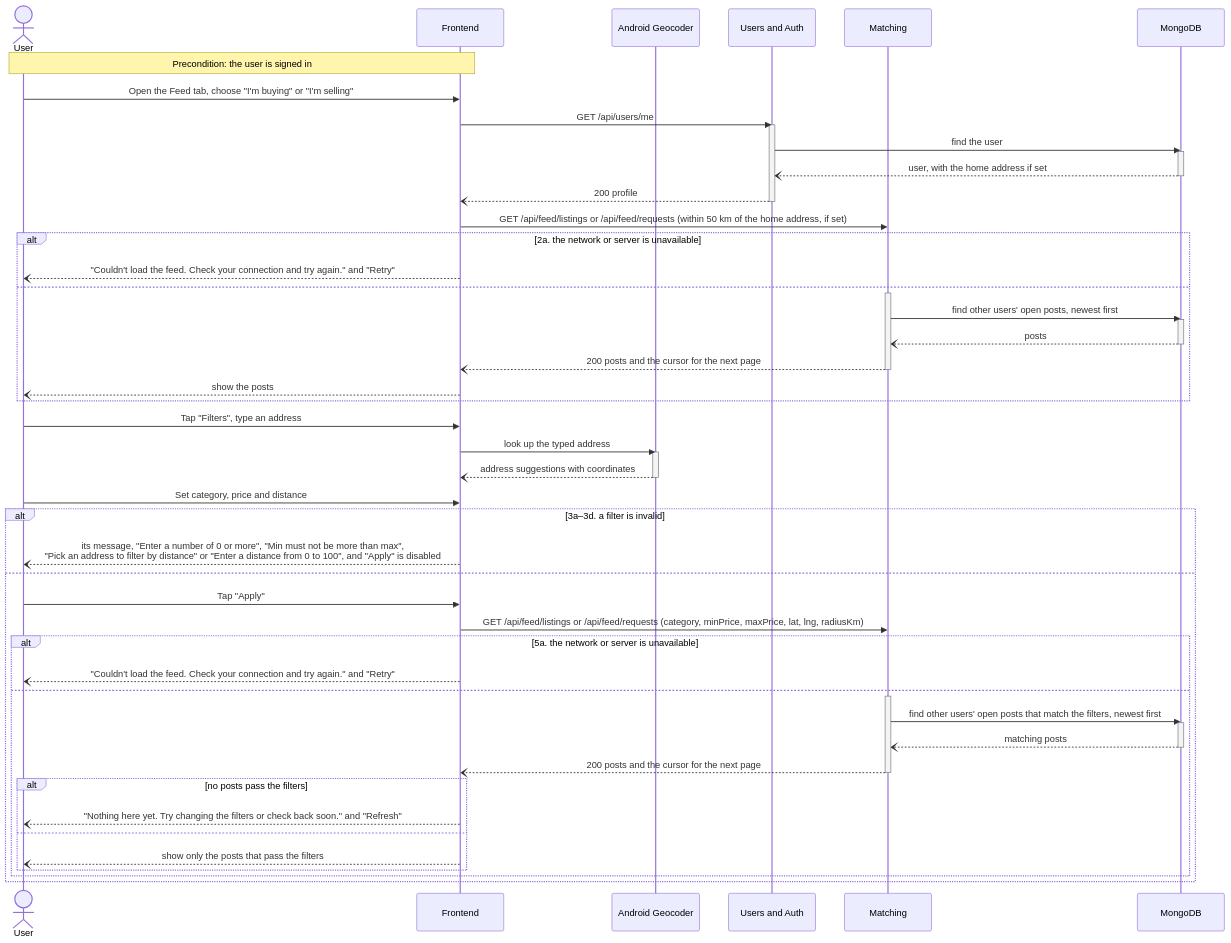
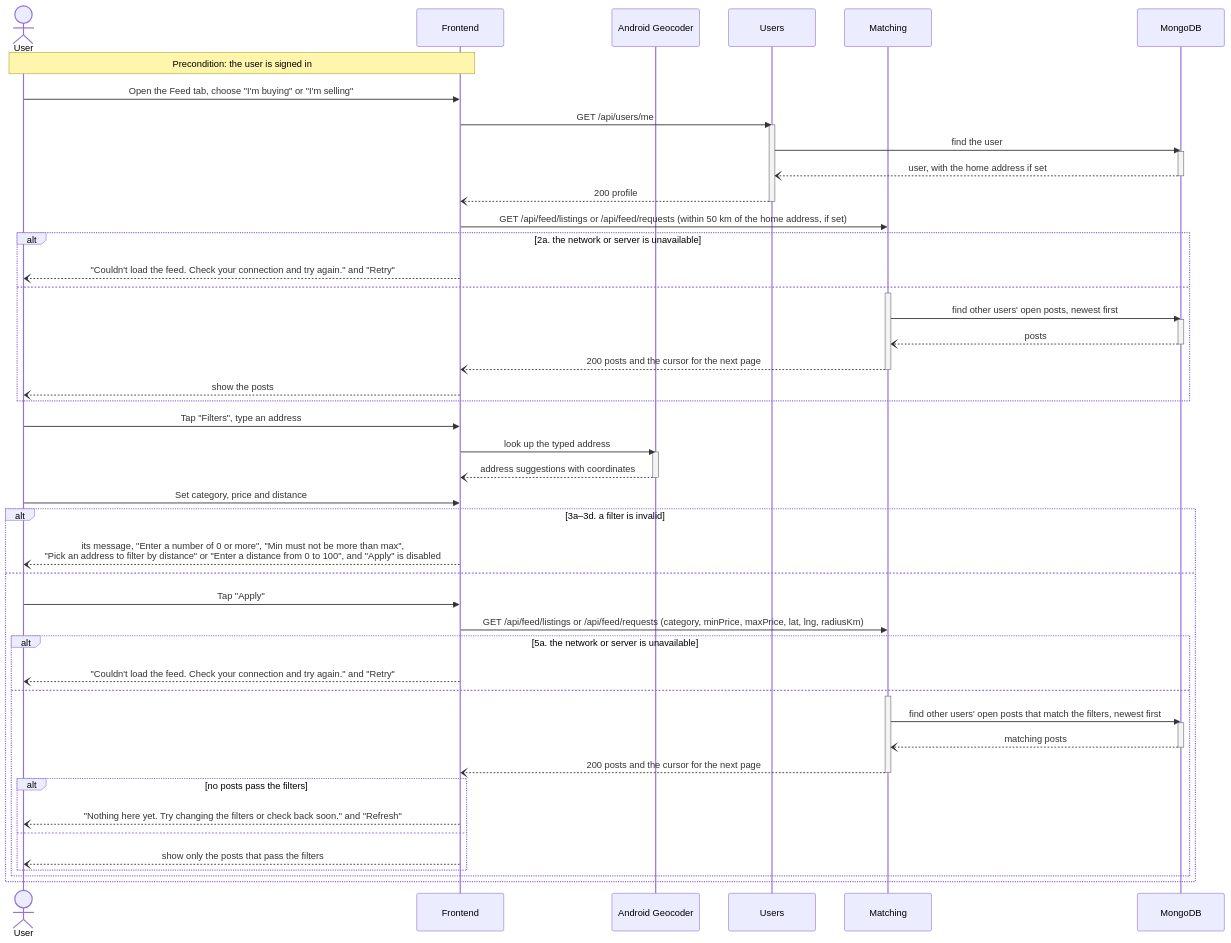
Before and after one commit to m1lun/MatchMarket: the sixth of 6 diagrams in documentation/Requirements_and_Design.md, drawn with Mermaid. The commit also changed other lines of this file, not shown here.

Commit message:
docs: rename the Users and Auth component to Users

````diff
--- a/documentation/Requirements_and_Design.md
+++ b/documentation/Requirements_and_Design.md
@@ -806,60 +807,60 @@
 ```mermaid
 sequenceDiagram
     actor U as User
     participant FE as Frontend
     participant GEO as Android Geocoder
-    participant UA as Users and Auth
+    participant UA as Users
     participant M as Matching
     participant DB as MongoDB
     Note over U,FE: Precondition: the user is signed in
     U->>FE: Open the Feed tab, choose "I'm buying" or "I'm selling"
     FE->>UA: GET /api/users/me
     activate UA
     UA->>DB: find the user
     activate DB
     DB--)UA: user, with the home address if set
     deactivate DB
     UA--)FE: 200 profile
     deactivate UA
     FE->>M: GET /api/feed/listings or /api/feed/requests (within 50 km of the home address, if set)
     alt 2a. the network or server is unavailable
         FE--)U: "Couldn't load the feed. Check your connection and try again." and "Retry"
     else
         activate M
         M->>DB: find other users' open posts, newest first
         activate DB
         DB--)M: posts
         deactivate DB
         M--)FE: 200 posts and the cursor for the next page
         deactivate M
         FE--)U: show the posts
     end
     U->>FE: Tap "Filters", type an address
     FE->>GEO: look up the typed address
     activate GEO
     GEO--)FE: address suggestions with coordinates
     deactivate GEO
     U->>FE: Set category, price and distance
     alt 3a–3d. a filter is invalid
         FE--)U: its message, "Enter a number of 0 or more", "Min must not be more than max",<br/>"Pick an address to filter by distance" or "Enter a distance from 0 to 100", and "Apply" is disabled
     else
         U->>FE: Tap "Apply"
         FE->>M: GET /api/feed/listings or /api/feed/requests (category, minPrice, maxPrice, lat, lng, radiusKm)
         alt 5a. the network or server is unavailable
             FE--)U: "Couldn't load the feed. Check your connection and try again." and "Retry"
         else
             activate M
             M->>DB: find other users' open posts that match the filters, newest first
             activate DB
             DB--)M: matching posts
             deactivate DB
             M--)FE: 200 posts and the cursor for the next page
             deactivate M
             alt no posts pass the filters
                 FE--)U: "Nothing here yet. Try changing the filters or check back soon." and "Refresh"
             else
                 FE--)U: show only the posts that pass the filters
             end
         end
     end
 ```
````
